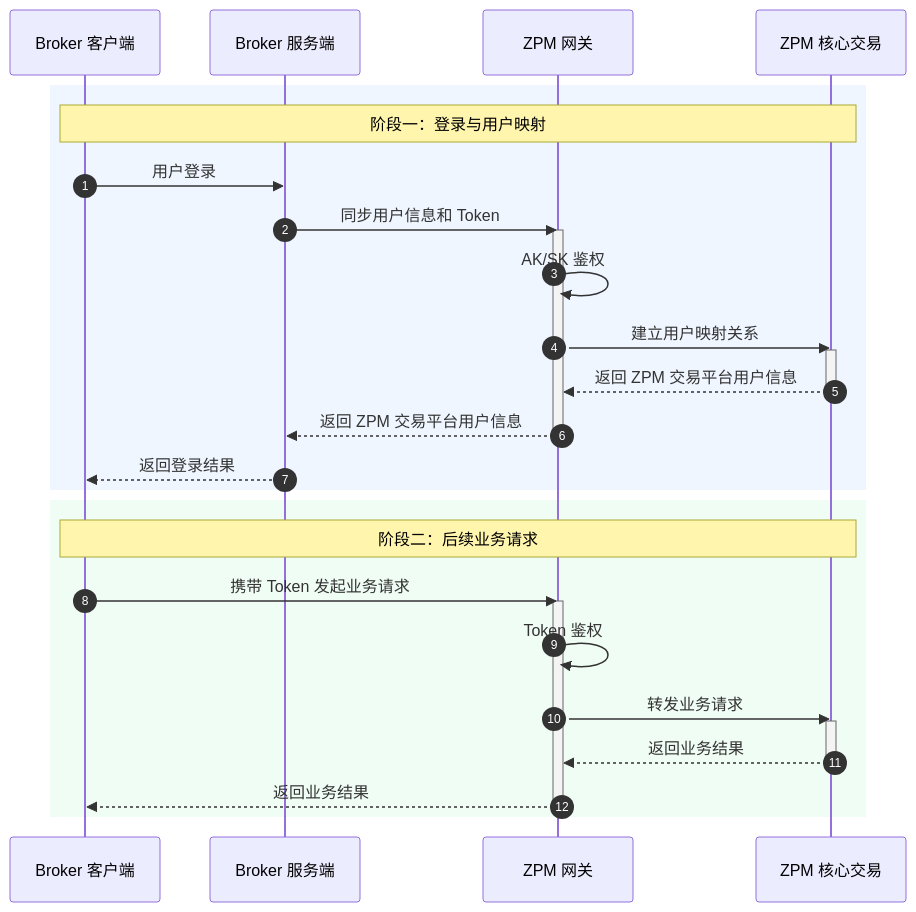
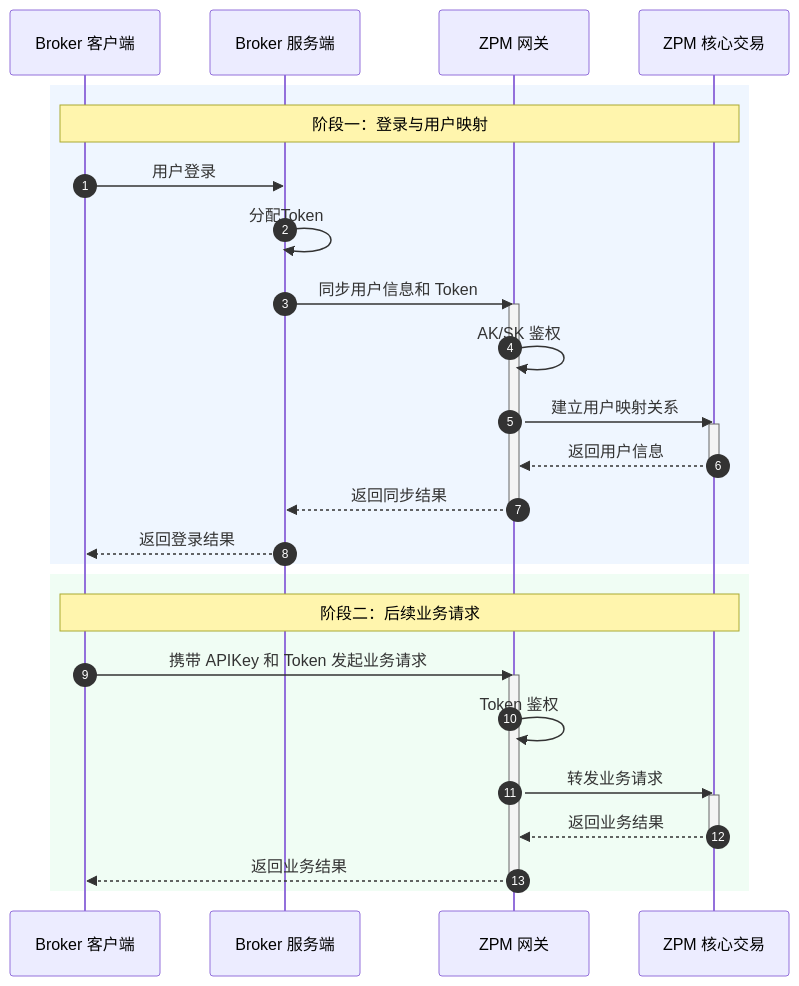
Before and after one commit to topblast-trade/docs: the diagram in cn/broker/guide/introduction.mdx, drawn with Mermaid. The commit also changed other lines of this file and 11 other files, not shown here.

````diff
--- a/cn/broker/guide/introduction.mdx
+++ b/cn/broker/guide/introduction.mdx
@@ -41,39 +41,40 @@
 ```mermaid
 sequenceDiagram
     autonumber
 
     participant BrokerClient as Broker 客户端
     participant BrokerServer as Broker 服务端
     participant Gateway as ZPM 网关
     participant Core as ZPM 核心交易
 
     rect rgb(239, 246, 255)
         Note over BrokerClient,Core: 阶段一：登录与用户映射
 
         BrokerClient->>BrokerServer: 用户登录
+        BrokerServer->>BrokerServer: 分配Token
         BrokerServer->>Gateway: 同步用户信息和 Token
         activate Gateway
         Gateway->>Gateway: AK/SK 鉴权
         Gateway->>Core: 建立用户映射关系
         activate Core
-        Core-->>Gateway: 返回 ZPM 交易平台用户信息
+        Core-->>Gateway: 返回用户信息
         deactivate Core
-        Gateway-->>BrokerServer: 返回 ZPM 交易平台用户信息
+        Gateway-->>BrokerServer: 返回同步结果
         deactivate Gateway
         BrokerServer-->>BrokerClient: 返回登录结果
     end
 
     rect rgb(240, 253, 244)
         Note over BrokerClient,Core: 阶段二：后续业务请求
 
-        BrokerClient->>Gateway: 携带 Token 发起业务请求
+        BrokerClient->>Gateway: 携带 APIKey 和 Token 发起业务请求
         activate Gateway
         Gateway->>Gateway: Token 鉴权
         Gateway->>Core: 转发业务请求
         activate Core
         Core-->>Gateway: 返回业务结果
         deactivate Core
         Gateway-->>BrokerClient: 返回业务结果
         deactivate Gateway
     end
 ```
````
